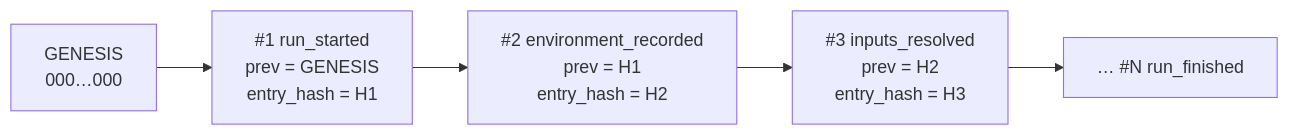
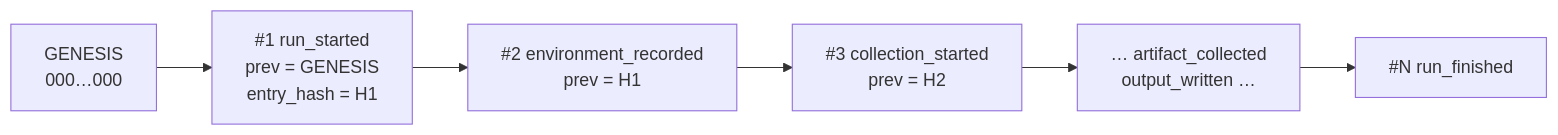
One commit to Panacota96/rv-triage changed the first of 5 diagrams in docs/forensic-audit.md. Above: the diagram before and after it, drawn with Mermaid. The commit also changed other lines of this file and 85 other files, not shown here.

````diff
--- a/docs/forensic-audit.md
+++ b/docs/forensic-audit.md
@@ -16,7 +20,8 @@
 ```mermaid
 flowchart LR
     G["GENESIS<br/>000…000"] --> E1
     E1["#1 run_started<br/>prev = GENESIS<br/>entry_hash = H1"] --> E2
-    E2["#2 environment_recorded<br/>prev = H1<br/>entry_hash = H2"] --> E3
-    E3["#3 inputs_resolved<br/>prev = H2<br/>entry_hash = H3"] --> EN["… #N run_finished"]
+    E2["#2 environment_recorded<br/>prev = H1"] --> E3
+    E3["#3 collection_started<br/>prev = H2"] --> E4["… artifact_collected<br/>output_written …"]
+    E4 --> EN["#N run_finished"]
 ```
````
